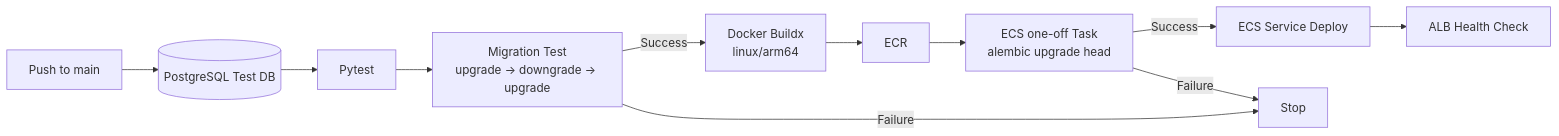
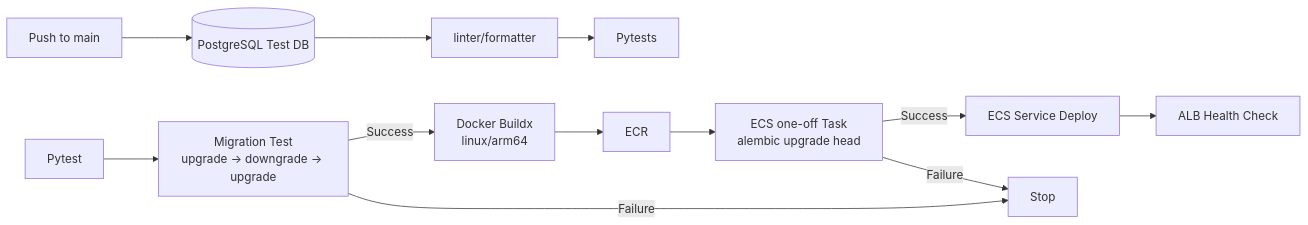
Before and after one commit to Rintaro58511/rin_task-app_2nd: the second of 2 diagrams in README.md, drawn with Mermaid. The commit also changed other lines of this file, not shown here.

````diff
--- a/README.md
+++ b/README.md
@@ -97,23 +98,25 @@
 ``` mermaid
 flowchart LR
     Push[Push to main]
     TestDB[(PostgreSQL Test DB)]
+    Ruff[linter/formatter]
     Pytest[Pytest]
     AlembicTest["Migration Test<br/>upgrade → downgrade → upgrade"]
     Build[Docker Buildx<br/>linux/arm64]
     ECR[ECR]
     Migration["ECS one-off Task<br/>alembic upgrade head"]
     ECS[ECS Service Deploy]
     Health[ALB Health Check]
 
     Push --> TestDB
-    TestDB --> Pytest
+    TestDB --> Ruff
+    Ruff --> Pytests
     Pytest --> AlembicTest
     AlembicTest -->|Success| Build
     AlembicTest -->|Failure| Stop[Stop]
     Build --> ECR
     ECR --> Migration
     Migration --> |Success| ECS
     Migration --> |Failure| Stop[Stop]
     ECS --> Health
 ```
````
